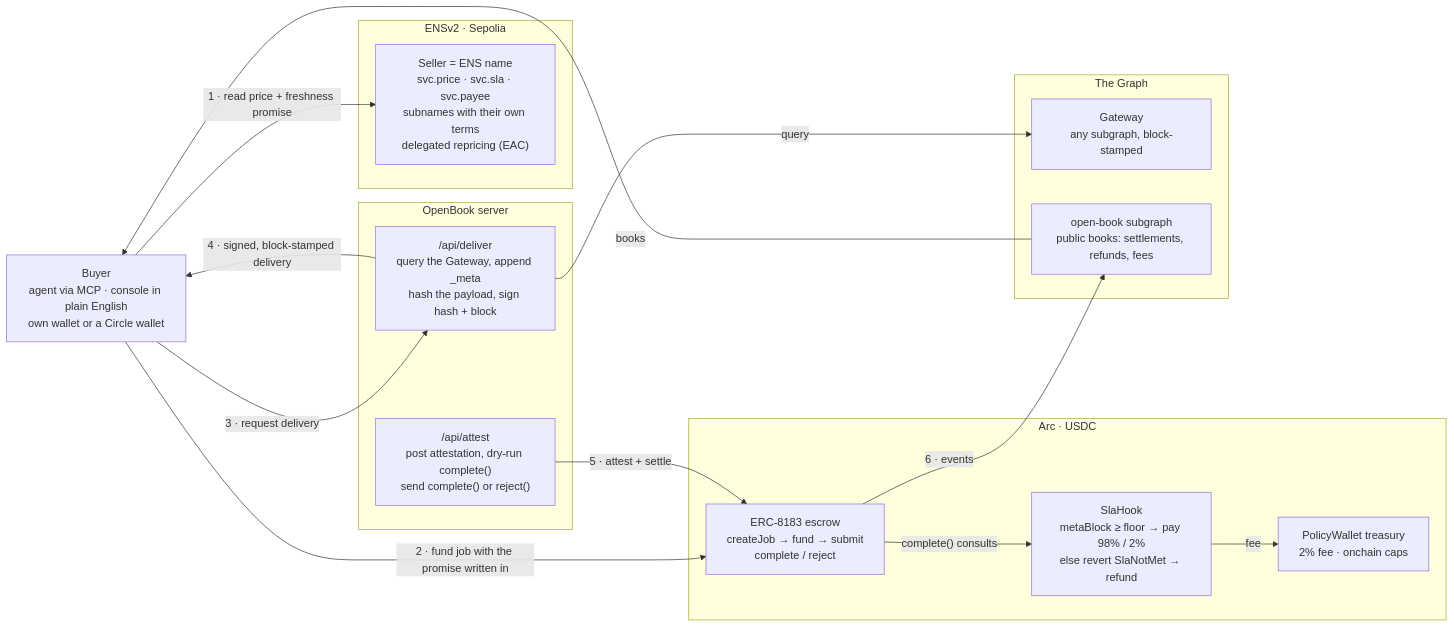
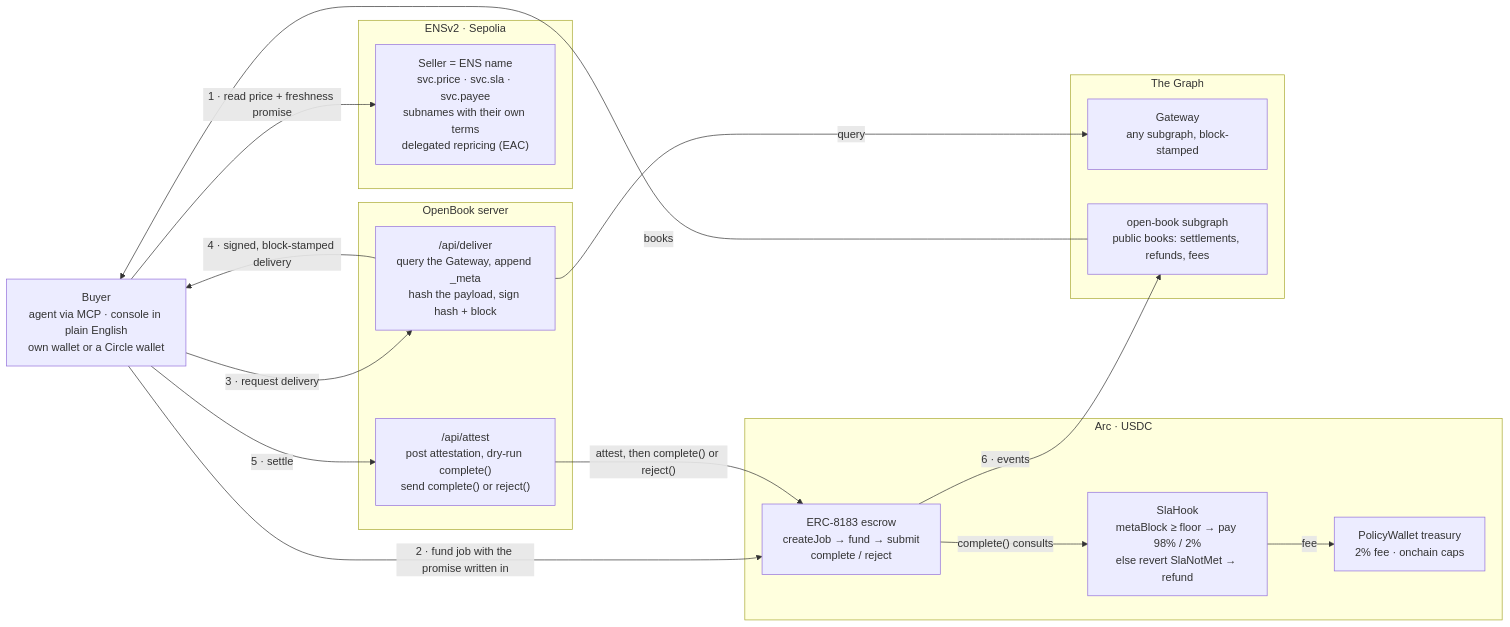
Before and after one commit to Aliserag/OpenBook: the diagram in docs/architecture.md, drawn with Mermaid. The commit also changed 17 other files, not shown here.

Commit message:
docs+mcp+subgraph: sponsor audit round two (hook emit comment, diagram settle edge, MCP tool list, quickstart live query, storefront doc values, internal labels removed)

````diff
--- a/docs/architecture.md
+++ b/docs/architecture.md
@@ -14,35 +14,36 @@
 ```mermaid
 flowchart LR
     B["Buyer<br/>agent via MCP · console in plain English<br/>own wallet or a Circle wallet"]
 
     subgraph ENS["ENSv2 · Sepolia"]
         N["Seller = ENS name<br/>svc.price · svc.sla · svc.payee<br/>subnames with their own terms<br/>delegated repricing (EAC)"]
     end
 
     subgraph SRV["OpenBook server"]
         D["/api/deliver<br/>query the Gateway, append _meta<br/>hash the payload, sign hash + block"]
         A["/api/attest<br/>post attestation, dry-run complete()<br/>send complete() or reject()"]
     end
 
     subgraph ARC["Arc · USDC"]
         E["ERC-8183 escrow<br/>createJob → fund → submit<br/>complete / reject"]
         H["SlaHook<br/>metaBlock ≥ floor → pay 98% / 2%<br/>else revert SlaNotMet → refund"]
         T["PolicyWallet treasury<br/>2% fee · onchain caps"]
     end
 
     subgraph GRAPH["The Graph"]
         G["Gateway<br/>any subgraph, block-stamped"]
         K["open-book subgraph<br/>public books: settlements, refunds, fees"]
     end
 
     B -->|"1 · read price + freshness promise"| N
     B -->|"2 · fund job with the promise written in"| E
     B -->|"3 · request delivery"| D
     D -->|"query"| G
     D -->|"4 · signed, block-stamped delivery"| B
-    A -->|"5 · attest + settle"| E
+    B -->|"5 · settle"| A
+    A -->|"attest, then complete() or reject()"| E
     E -->|"complete() consults"| H
     H -->|"fee"| T
     E -->|"6 · events"| K
     K -->|"books"| B
 ```
````
